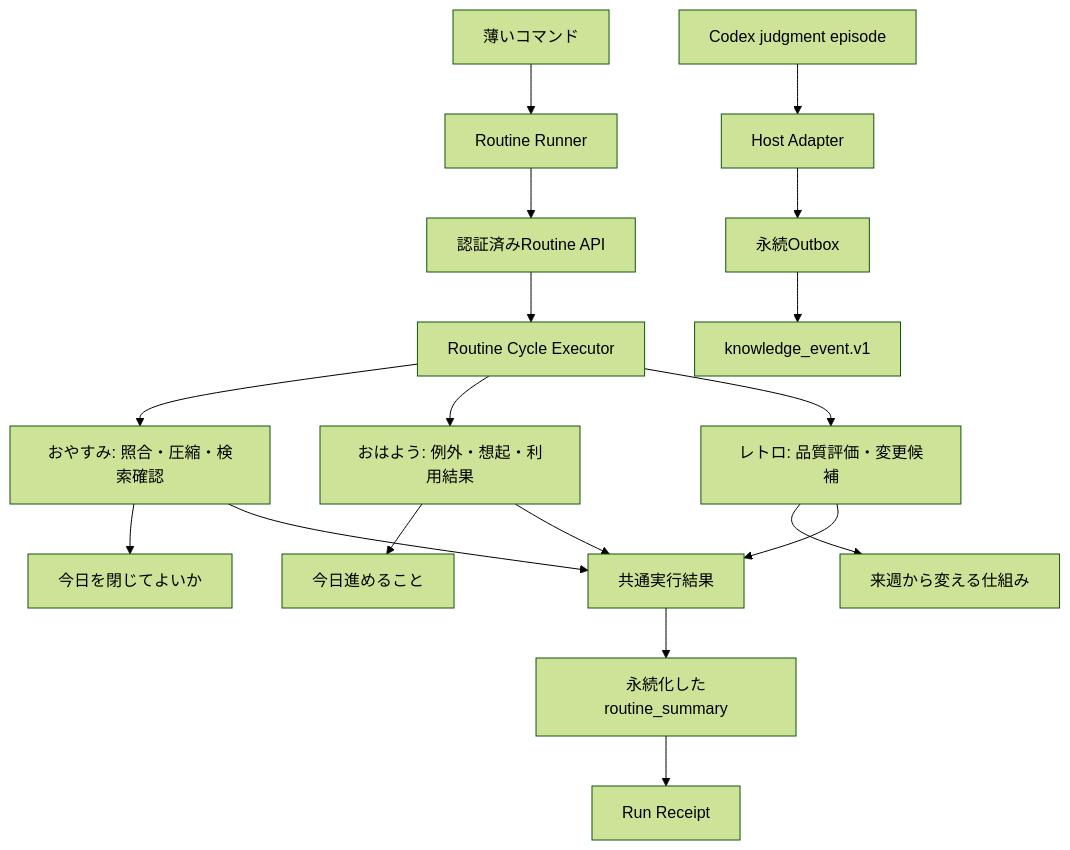
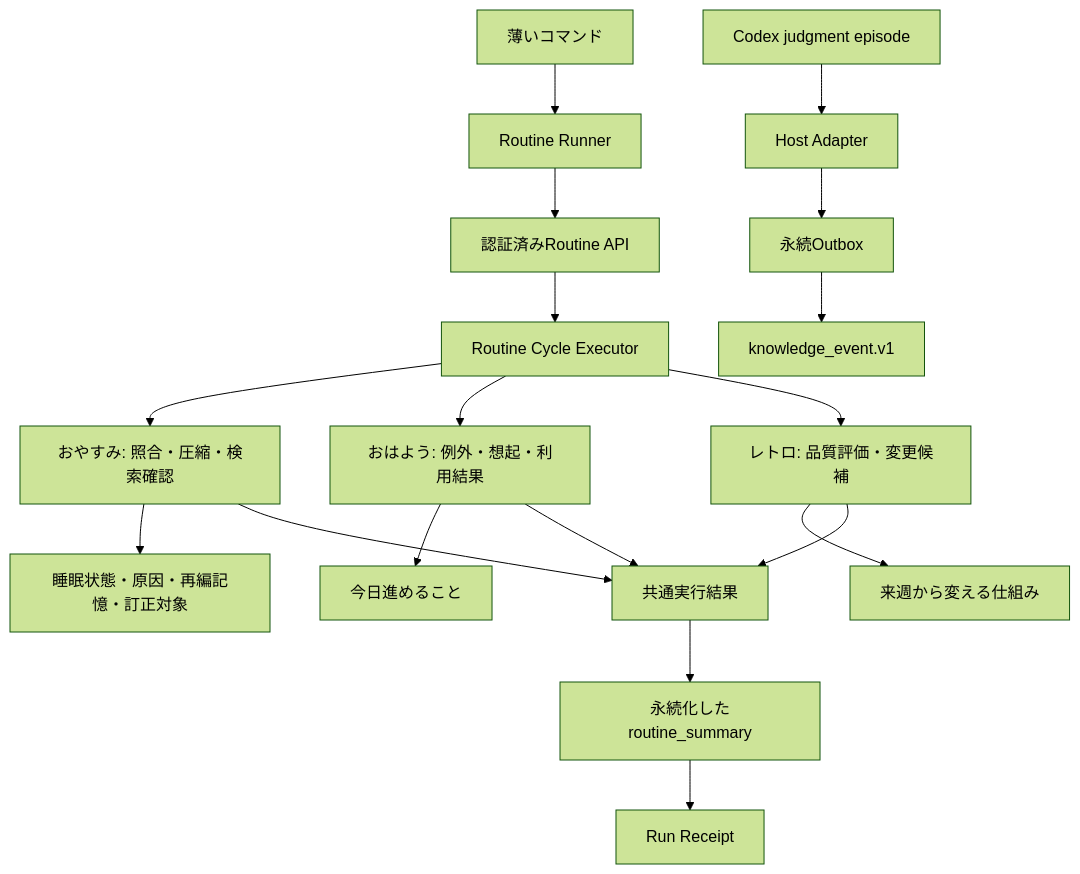
One commit to Unson-LLC/brainbase changed the diagram in docs/architecture/brainbase-memory-routine-cycle-architecture.md. Above: the diagram before and after it, drawn with Mermaid (forest theme). The commit also changed other lines of this file and 18 other files, not shown here.

````diff
--- a/docs/architecture/brainbase-memory-routine-cycle-architecture.md
+++ b/docs/architecture/brainbase-memory-routine-cycle-architecture.md
@@ -22,20 +22,20 @@
 ```mermaid
 flowchart TD
     CMD["薄いコマンド"] --> RUN["Routine Runner"]
     RUN --> API["認証済みRoutine API"]
     API --> EXEC["Routine Cycle Executor"]
     EXEC --> NIGHT["おやすみ: 照合・圧縮・検索確認"]
     EXEC --> MORNING["おはよう: 例外・想起・利用結果"]
     EXEC --> RETRO["レトロ: 品質評価・変更候補"]
-    NIGHT --> NIGHTVIEW["今日を閉じてよいか"]
+    NIGHT --> NIGHTVIEW["睡眠状態・原因・再編記憶・訂正対象"]
     MORNING --> MORNINGVIEW["今日進めること"]
     RETRO --> RETROVIEW["来週から変える仕組み"]
     NIGHT --> RESULT["共通実行結果"]
     MORNING --> RESULT
     RETRO --> RESULT
     RESULT --> ARTIFACT["永続化したroutine_summary"]
     ARTIFACT --> RECEIPT["Run Receipt"]
     HOST["Codex judgment episode"] --> ADAPTER["Host Adapter"]
     ADAPTER --> OUTBOX["永続Outbox"]
     OUTBOX --> EVENT["knowledge_event.v1"]
 ```
````
